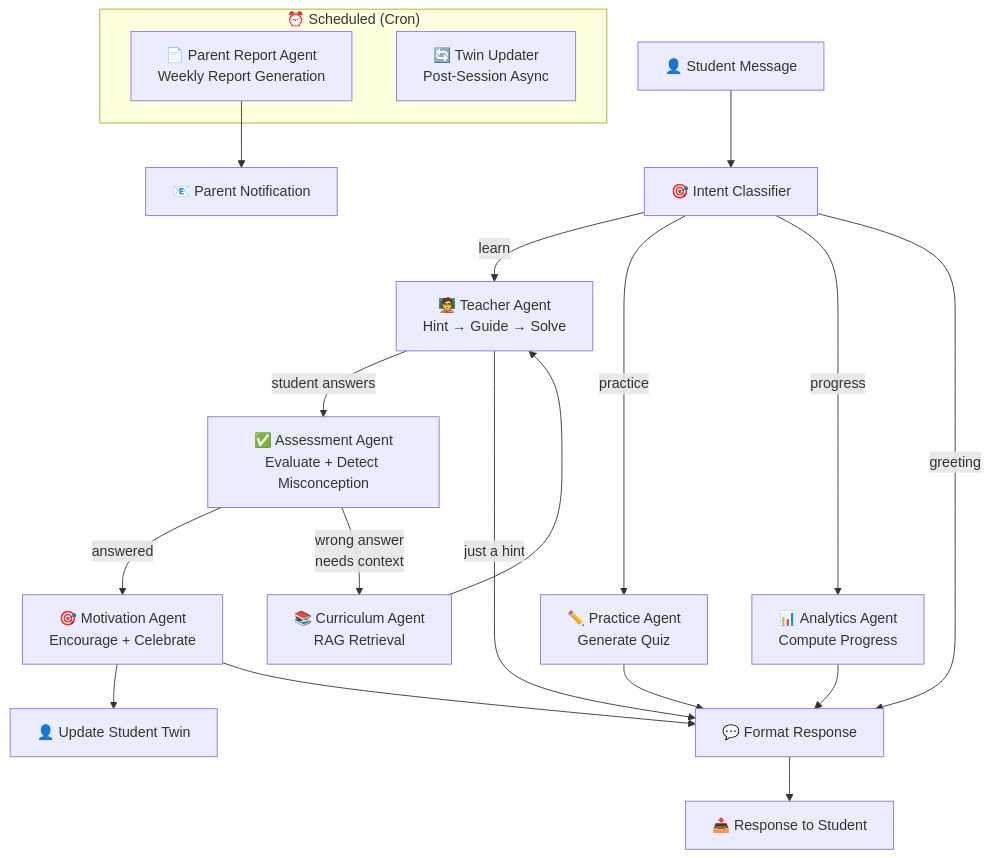
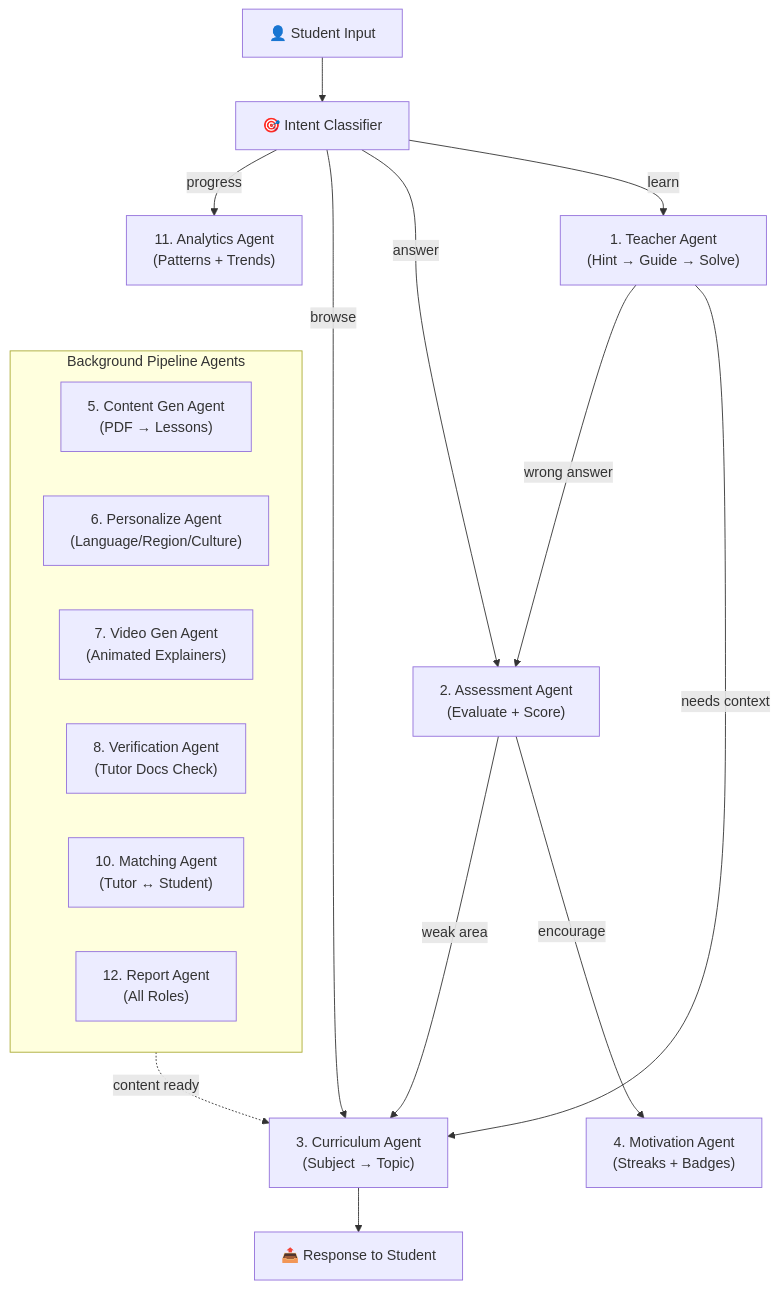
One commit to rajibmahata/Math-tutor-AI-Agent changed the sixth of 9 diagrams in docs/diagrams/architecture-diagrams.md. Above: the diagram before and after it, drawn with Mermaid. The commit also changed other lines of this file, not shown here.

First line of the commit message:
docs: v2.0 architecture diagrams — 9 Mermaid diagrams for multi-role platform

````diff
--- a/docs/diagrams/architecture-diagrams.md
+++ b/docs/diagrams/architecture-diagrams.md
@@ -95,31 +179,27 @@
 ```mermaid
 flowchart TD
-    Student["👤 Student Message"] --> Classify["🎯 Intent Classifier"]
+    Student["👤 Student Input"] --> Intent["🎯 Intent Classifier"]
 
-    Classify -->|"learn"| Teacher["🧑‍🏫 Teacher Agent\nHint → Guide → Solve"]
-    Classify -->|"practice"| Practice["✏️ Practice Agent\nGenerate Quiz"]
-    Classify -->|"progress"| Analytics["📊 Analytics Agent\nCompute Progress"]
-    Classify -->|"greeting"| Format["💬 Format Response"]
+    Intent -->|"learn"| Teacher["1. Teacher Agent\n(Hint → Guide → Solve)"]
+    Intent -->|"answer"| Assessment["2. Assessment Agent\n(Evaluate + Score)"]
+    Intent -->|"browse"| Curriculum["3. Curriculum Agent\n(Subject → Topic)"]
+    Intent -->|"progress"| Analytics["11. Analytics Agent\n(Patterns + Trends)"]
 
-    Teacher -->|"student answers"| Assessment["✅ Assessment Agent\nEvaluate + Detect Misconception"]
-    Teacher -->|"just a hint"| Format
+    Teacher -->|"needs context"| Curriculum
+    Teacher -->|"wrong answer"| Assessment
+    Assessment -->|"encourage"| Motivation["4. Motivation Agent\n(Streaks + Badges)"]
+    Assessment -->|"weak area"| Curriculum
 
-    Assessment -->|"answered"| Motivation["🎯 Motivation Agent\nEncourage + Celebrate"]
-    Assessment -->|"wrong answer\nneeds context"| Curriculum["📚 Curriculum Agent\nRAG Retrieval"]
-    Curriculum --> Teacher
+    Curriculum --> Response["📤 Response to Student"]
 
-    Motivation --> StudentTwin["👤 Update Student Twin"]
-    Motivation --> Format
-
-    Practice --> Format
-    Analytics --> Format
-
-    Format --> Response["📤 Response to Student"]
-
-    subgraph Scheduled["⏰ Scheduled (Cron)"]
-        ParentReport["📄 Parent Report Agent\nWeekly Report Generation"]
-        TwinUpdate["🔄 Twin Updater\nPost-Session Async"]
+    subgraph Pipeline["Background Pipeline Agents"]
+        ContentGen["5. Content Gen Agent\n(PDF → Lessons)"]
+        Personalize["6. Personalize Agent\n(Language/Region/Culture)"]
+        VideoGen["7. Video Gen Agent\n(Animated Explainers)"]
+        Verify["8. Verification Agent\n(Tutor Docs Check)"]
+        Matching["10. Matching Agent\n(Tutor ↔ Student)"]
+        Report["12. Report Agent\n(All Roles)"]
     end
 
-    ParentReport --> Notification["📧 Parent Notification"]
+    Pipeline -.->|"content ready"| Curriculum
 ```
````
